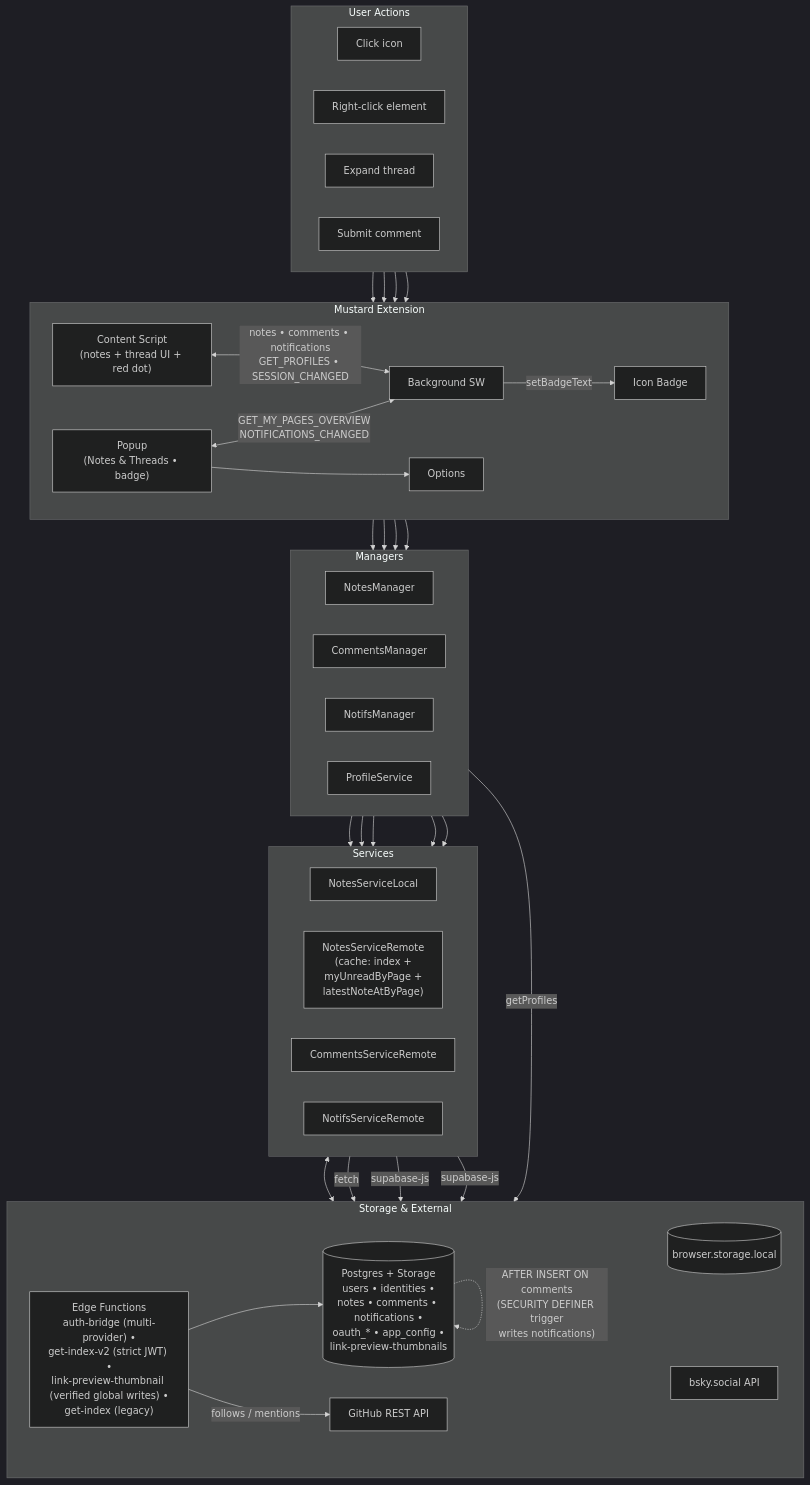
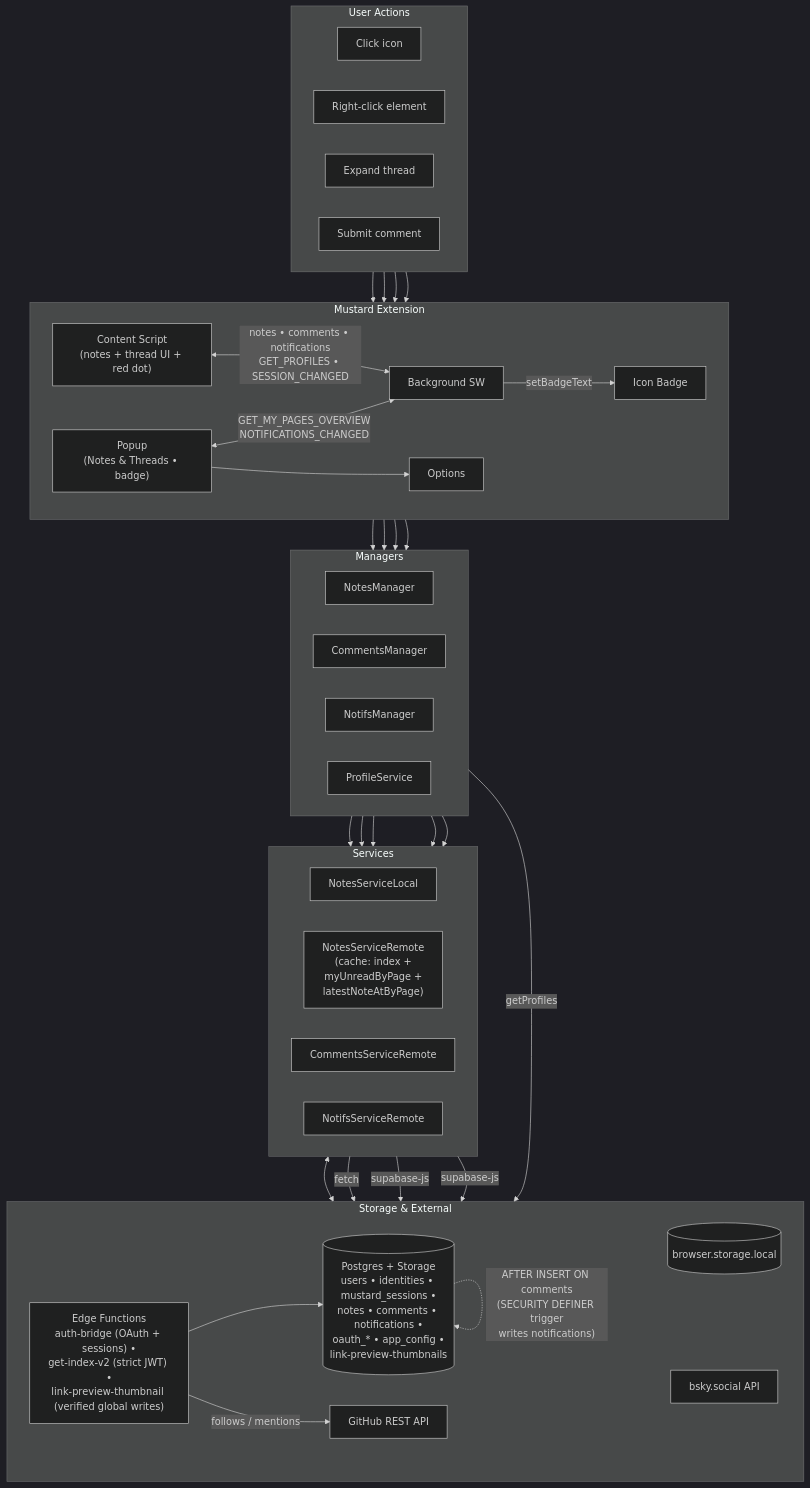
One commit to fettstorch/mustard changed the diagram in .agents/skills/mustard-architecture/SKILL.md. Above: the diagram before and after it, drawn with Mermaid (dark theme). The commit also changed other lines of this file and 47 other files, not shown here.

````diff
--- a/.agents/skills/mustard-architecture/SKILL.md
+++ b/.agents/skills/mustard-architecture/SKILL.md
@@ -19,75 +19,75 @@
 ```mermaid
 flowchart TB
     subgraph User["User Actions"]
         direction LR
         Click["Click icon"]
         RightClick["Right-click element"]
         Expand["Expand thread"]
         Comment["Submit comment"]
     end
 
     subgraph Extension["Mustard Extension"]
         direction LR
         Popup["Popup<br/>(Notes & Threads • badge)"]
         Options["Options"]
         CS["Content Script<br/>(notes + thread UI + red dot)"]
         Badge["Icon Badge"]
         BG["Background SW"]
     end
 
     subgraph Managers["Managers"]
         direction LR
         NotesManager["NotesManager"]
         CommentsManager["CommentsManager"]
         NotifsManager["NotifsManager"]
         ProfileService["ProfileService"]
     end
 
     subgraph Svcs["Services"]
         direction LR
         LocalSvc["NotesServiceLocal"]
         RemoteSvc["NotesServiceRemote<br/>(cache: index +<br/>myUnreadByPage +<br/>latestNoteAtByPage)"]
         CommentsSvc["CommentsServiceRemote"]
         NotifsSvc["NotifsServiceRemote"]
     end
 
     subgraph Storage["Storage & External"]
         direction LR
         ChromeStorage[("browser.storage.local")]
-        EdgeFns["Edge Functions<br/>auth-bridge (multi-provider) •<br/>get-index-v2 (strict JWT) •<br/>link-preview-thumbnail (verified global writes) •<br/>get-index (legacy)"]
-        DB[("Postgres + Storage<br/>users • identities •<br/>notes • comments • notifications •<br/>oauth_* • app_config •<br/>link-preview-thumbnails")]
+        EdgeFns["Edge Functions<br/>auth-bridge (OAuth + sessions) •<br/>get-index-v2 (strict JWT) •<br/>link-preview-thumbnail (verified global writes)"]
+        DB[("Postgres + Storage<br/>users • identities • mustard_sessions •<br/>notes • comments • notifications •<br/>oauth_* • app_config •<br/>link-preview-thumbnails")]
         BSkyAPI["bsky.social API"]
         GHAPI["GitHub REST API"]
     end
 
     Click --> Popup
     RightClick --> CS
     Expand --> CS
     Comment --> CS
 
     Popup <-->|"GET_MY_PAGES_OVERVIEW<br/>NOTIFICATIONS_CHANGED"| BG
     Popup --> Options
     CS <-->|"notes • comments • notifications<br/>GET_PROFILES • SESSION_CHANGED"| BG
     BG -->|"setBadgeText"| Badge
 
     BG --> NotesManager
     BG --> CommentsManager
     BG --> NotifsManager
     BG --> ProfileService
 
     NotesManager --> LocalSvc
     NotesManager --> RemoteSvc
     CommentsManager --> CommentsSvc
     NotifsManager --> NotifsSvc
     NotifsManager --> RemoteSvc
 
     LocalSvc <--> ChromeStorage
     RemoteSvc -->|"fetch"| EdgeFns
     CommentsSvc -->|"supabase-js"| DB
     NotifsSvc -->|"supabase-js"| DB
     EdgeFns --> DB
     EdgeFns -->|"follows / mentions"| GHAPI
     ProfileService -->|"getProfiles"| BSkyAPI
 
     DB -.->|"AFTER INSERT ON comments<br/>(SECURITY DEFINER trigger<br/>writes notifications)"| DB
 ```
````
